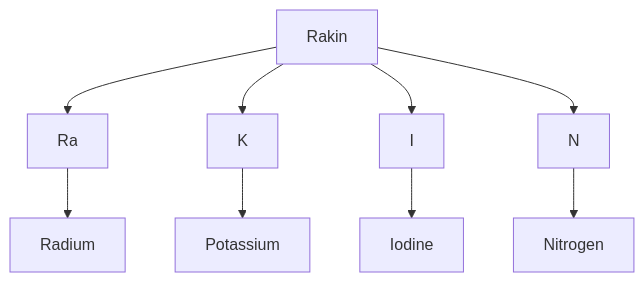
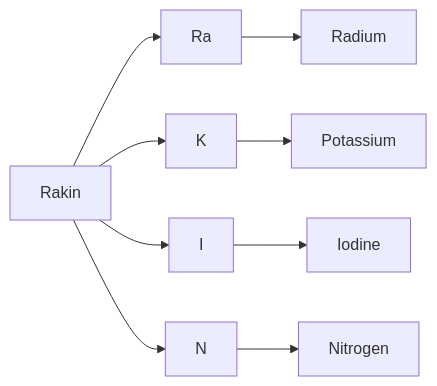
Before and after one commit to rakin406/elename: the diagram in README.md, drawn with Mermaid.

Commit message:
Github markdown is different from gitlab?

````diff
--- a/README.md
+++ b/README.md
@@ -21,11 +21,11 @@
 ```mermaid
-graph TD;
+graph LR;
   Rakin --> Ra;
   Rakin --> K;
   Rakin --> I;
   Rakin --> N;
   Ra --> Radium;
   K --> Potassium;
   I --> Iodine;
   N --> Nitrogen;
 ```
````
